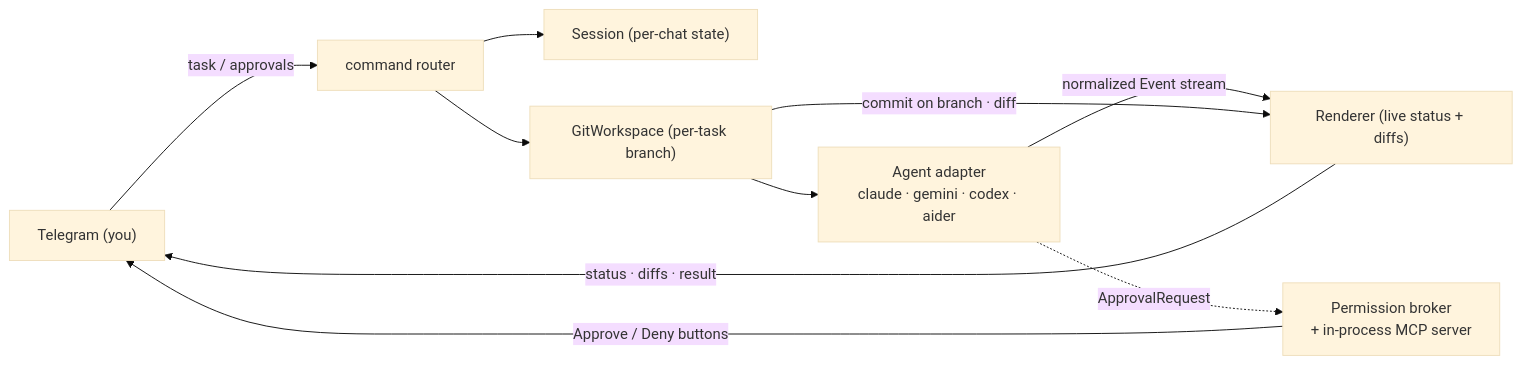
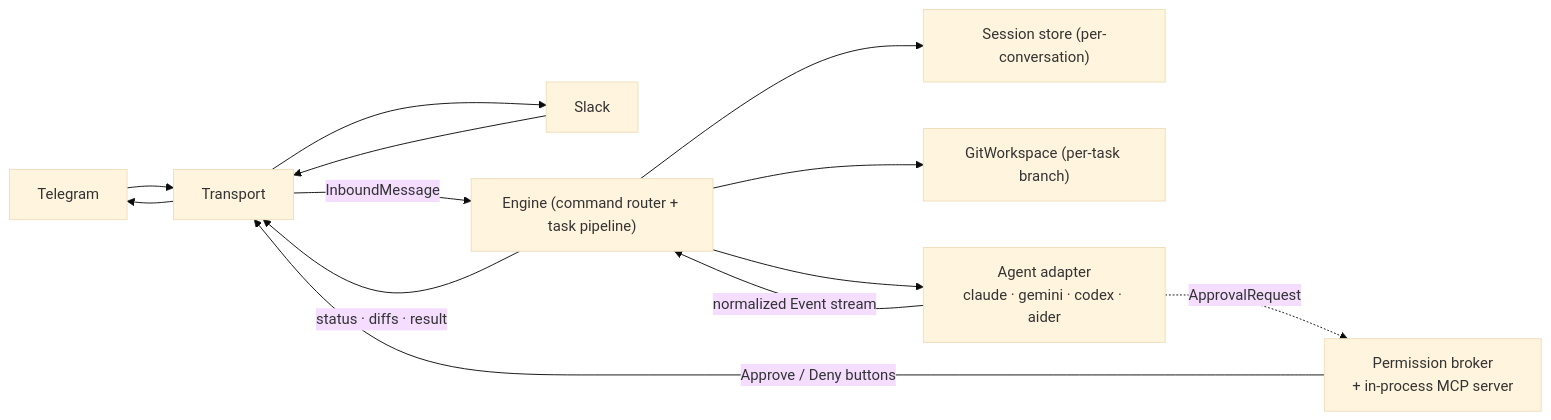
Before and after one commit to KhanbalaRashidov/telepath: the diagram in docs/az/architecture.md, drawn with Mermaid (base theme). The commit also changed other lines of this file and 84 other files, not shown here.

````diff
--- a/docs/az/architecture.md
+++ b/docs/az/architecture.md
@@ -9,12 +9,15 @@
 ```mermaid
 flowchart LR
-    TG["Telegram (you)"] -- "task / approvals" --> R["command router"]
-    R --> S["Session (per-chat state)"]
-    R --> G["GitWorkspace (per-task branch)"]
-    G --> A["Agent adapter<br/>claude · gemini · codex · aider"]
-    A -- "normalized Event stream" --> UI["Renderer (live status + diffs)"]
+    TG["Telegram"] --> T["Transport"]
+    SL["Slack"] --> T
+    T -- "InboundMessage" --> E["Engine (command router + task pipeline)"]
+    E --> S["Session store (per-conversation)"]
+    E --> G["GitWorkspace (per-task branch)"]
+    E --> A["Agent adapter<br/>claude · gemini · codex · aider"]
+    A -- "normalized Event stream" --> E
     A -. "ApprovalRequest" .-> P["Permission broker<br/>+ in-process MCP server"]
-    P -- "Approve / Deny buttons" --> TG
-    UI -- "status · diffs · result" --> TG
-    G -- "commit on branch · diff" --> UI
+    E -- "status · diffs · result" --> T
+    P -- "Approve / Deny buttons" --> T
+    T --> TG
+    T --> SL
 ```
````
